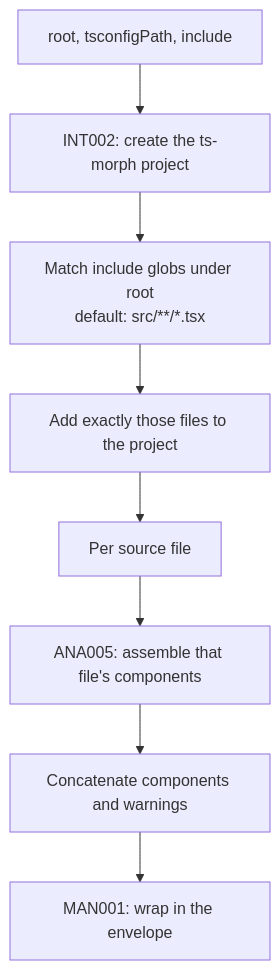
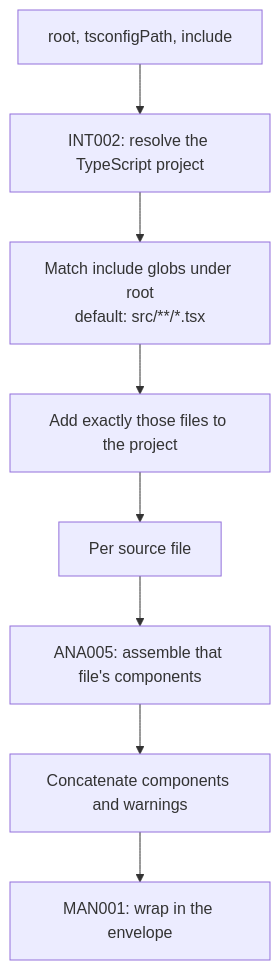
Before and after one commit to haribote/thmh: the diagram in docs/manifest/MAN003_catalog-generation.md, drawn with Mermaid. The commit also changed other lines of this file and 5 other files, not shown here.

````diff
--- a/docs/manifest/MAN003_catalog-generation.md
+++ b/docs/manifest/MAN003_catalog-generation.md
@@ -26,10 +26,10 @@
 ```mermaid
 flowchart TD
-    O["root, tsconfigPath, include"] --> P["INT002: create the ts-morph project"]
+    O["root, tsconfigPath, include"] --> P["INT002: resolve the TypeScript project"]
     P --> G["Match include globs under root<br/>default: src/**/*.tsx"]
     G --> A["Add exactly those files to the project"]
     A --> L["Per source file"]
     L --> S["ANA005: assemble that file's components"]
     S --> C["Concatenate components and warnings"]
     C --> E["MAN001: wrap in the envelope"]
 ```
````
